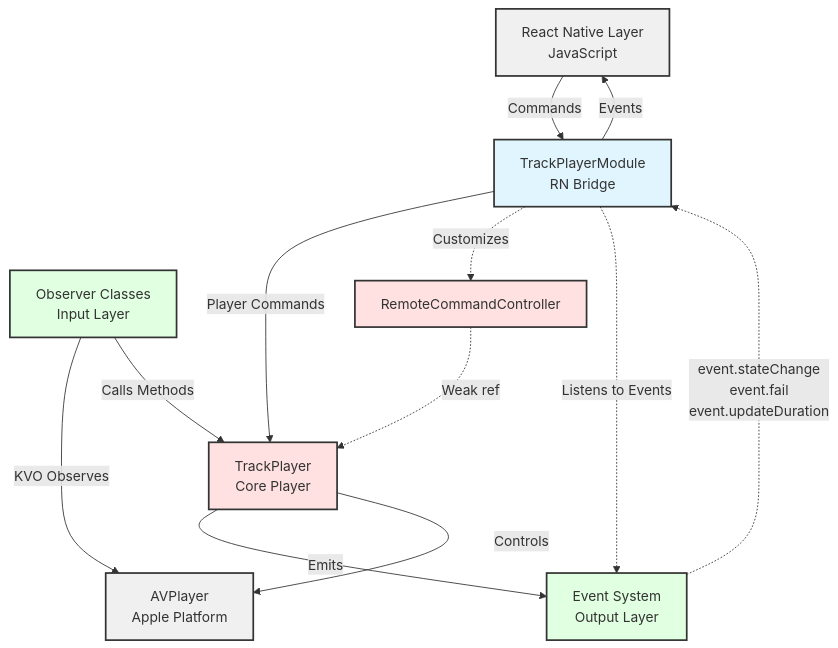
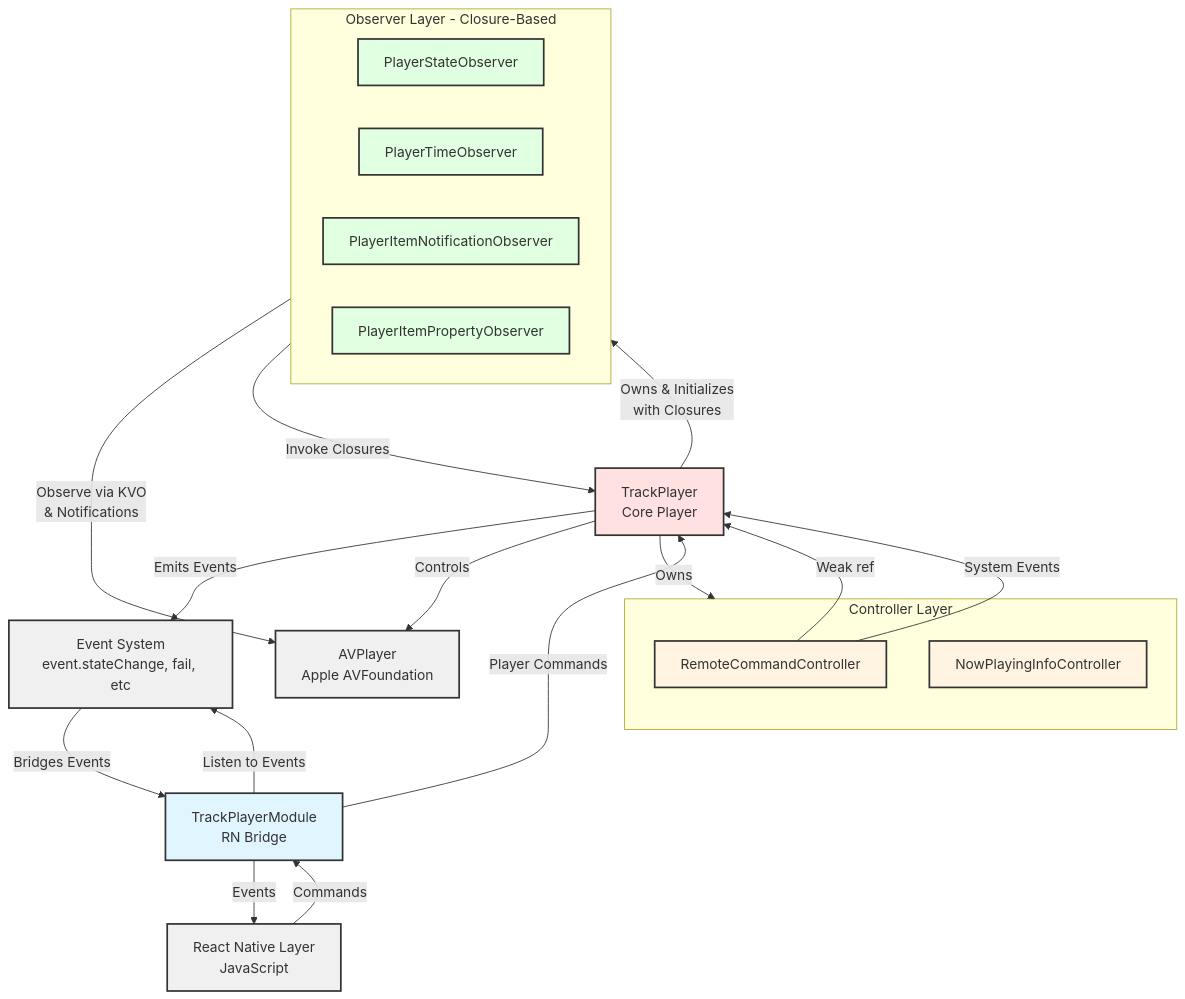
One commit to 5-stones/react-native-track-player changed the diagram in ios/CLAUDE.md. Above: the diagram before and after it, drawn with Mermaid. The commit also changed 5 other files, not shown here.

First line of the commit message:
refactor(ios): replace observer weak references with closure-based callbacks

````diff
--- a/ios/CLAUDE.md
+++ b/ios/CLAUDE.md
@@ -10,36 +10,50 @@
 ```mermaid
 graph TB
 JS[React Native Layer<br/>JavaScript]
 TPM[TrackPlayerModule<br/>RN Bridge]
 TP[TrackPlayer<br/>Core Player]
-EVT[Event System<br/>Output Layer]
-OBS[Observer Classes<br/>Input Layer]
-RCC[RemoteCommandController]
-AVP[AVPlayer<br/>Apple Platform]
+EVT[Event System<br/>event.stateChange, fail, etc]
+AVP[AVPlayer<br/>Apple AVFoundation]
+
+subgraph Observers[Observer Layer - Closure-Based]
+  PSO[PlayerStateObserver]
+  PTO[PlayerTimeObserver]
+  PINO[PlayerItemNotificationObserver]
+  PIPO[PlayerItemPropertyObserver]
+end
+
+subgraph Controllers[Controller Layer]
+  RCC[RemoteCommandController]
+  NPIC[NowPlayingInfoController]
+end
 
 JS -->|Commands| TPM
 TPM -->|Player Commands| TP
-TPM -.->|Customizes| RCC
-TPM -.->|Listens to Events| EVT
+TPM -->|Listen to Events| EVT
 
-TP -->|Emits| EVT
+TP -->|Owns & Initializes<br/>with Closures| Observers
+TP -->|Emits Events| EVT
 TP -->|Controls| AVP
-RCC -.->|Weak ref| TP
+TP -->|Owns| Controllers
 
-OBS -->|KVO Observes| AVP
-OBS -->|Calls Methods| TP
+Observers -->|Observe via KVO<br/>& Notifications| AVP
+Observers -->|Invoke Closures| TP
 
-EVT -.->|event.stateChange<br/>event.fail<br/>event.updateDuration| TPM
+RCC -->|Weak ref| TP
+RCC -->|System Events| TP
 
+EVT -->|Bridges Events| TPM
 TPM -->|Events| JS
 
 classDef bridge fill:#e1f5ff,stroke:#333,stroke-width:2px
 classDef core fill:#ffe1e1,stroke:#333,stroke-width:2px
-classDef io fill:#e1ffe1,stroke:#333,stroke-width:2px
+classDef observer fill:#e1ffe1,stroke:#333,stroke-width:2px
+classDef controller fill:#fff3e1,stroke:#333,stroke-width:2px
 classDef platform fill:#f0f0f0,stroke:#333,stroke-width:2px
 
 class TPM bridge
-class TP,RCC core
-class EVT,OBS io
-class AVP,JS platform
+class TP core
+class PSO,PTO,PINO,PIPO observer
+class RCC,NPIC controller
+class AVP,JS,EVT platform
 ```
````
